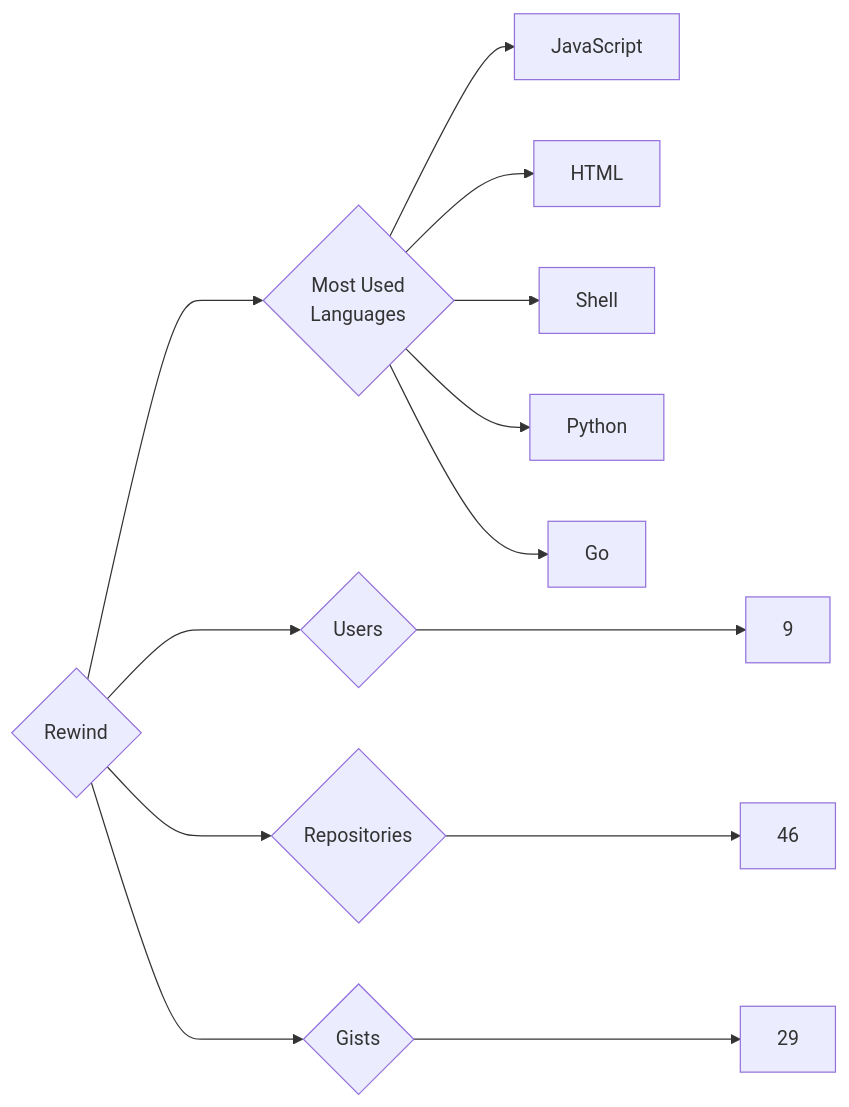
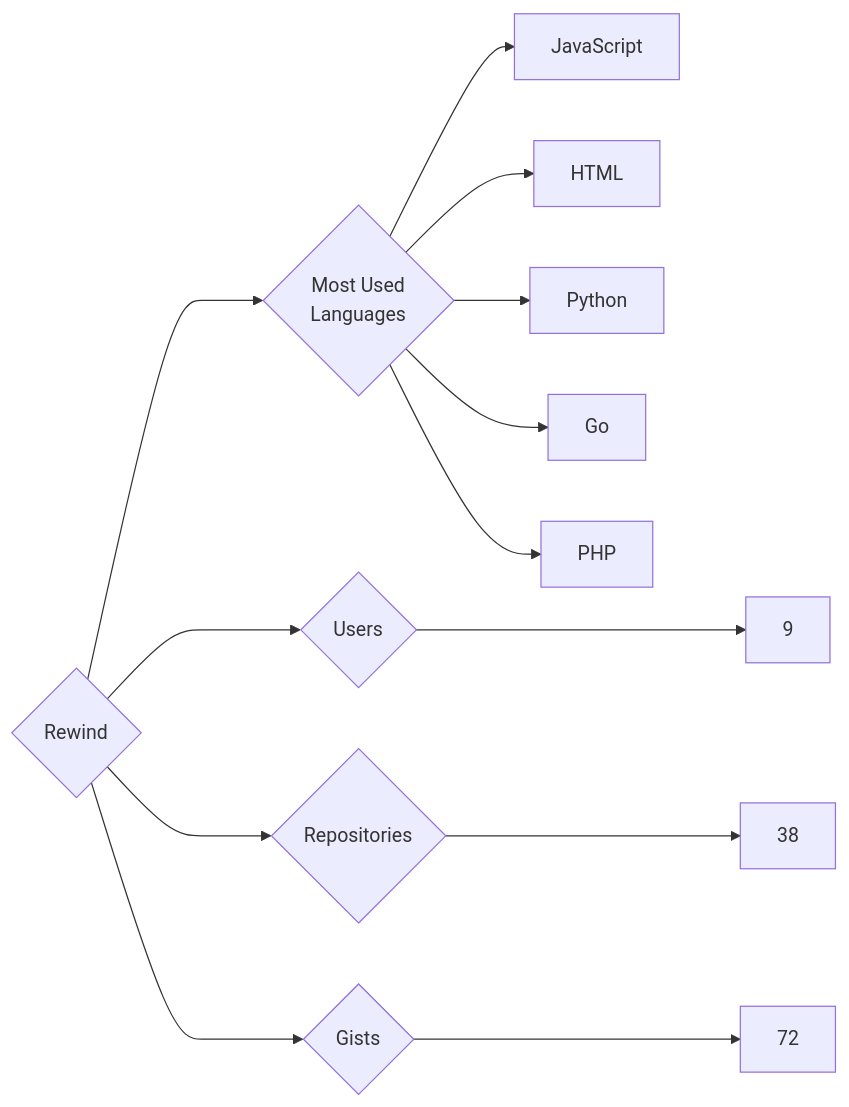
One commit to trickest/insiders changed the diagram in targets/Rewind/README.md. Above: the diagram before and after it, drawn with Mermaid. The commit also changed 765 other files, not shown here.

````diff
--- a/targets/Rewind/README.md
+++ b/targets/Rewind/README.md
@@ -3,13 +3,13 @@
 ```mermaid
 graph LR
 COMPANY_NAME{Rewind}
 COMPANY_NAME ---> U{Users} ---> UN[9]
-COMPANY_NAME ---> R{Repositories} ---> RN[46]
-COMPANY_NAME ---> G{Gists} ---> GN[29]
+COMPANY_NAME ---> R{Repositories} ---> RN[38]
+COMPANY_NAME ---> G{Gists} ---> GN[72]
 COMPANY_NAME ---> ML{Most Used<br>Languages}
 ML --> JavaScript[JavaScript]
 ML --> HTML[HTML]
-ML --> Shell[Shell]
 ML --> Python[Python]
 ML --> Go[Go]
+ML --> PHP[PHP]
 ```
````
